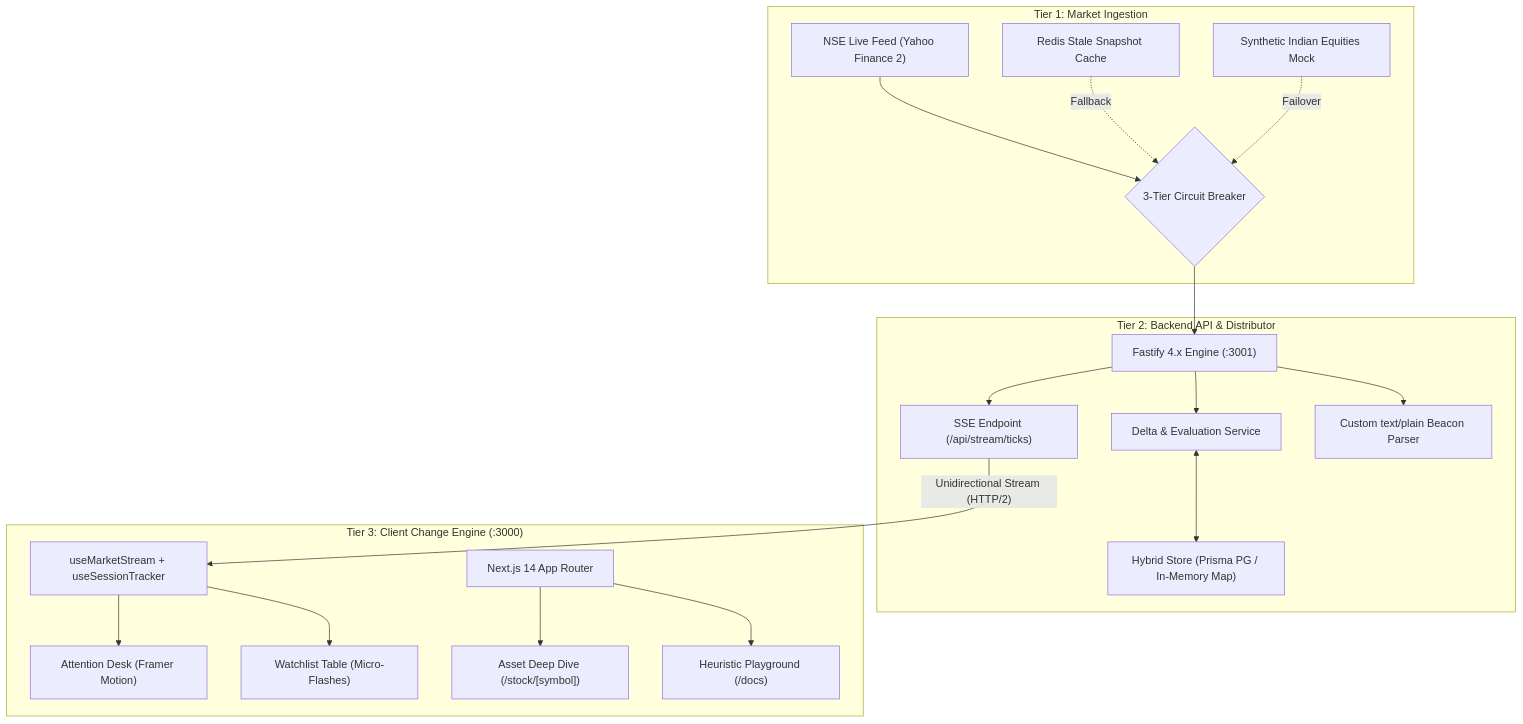
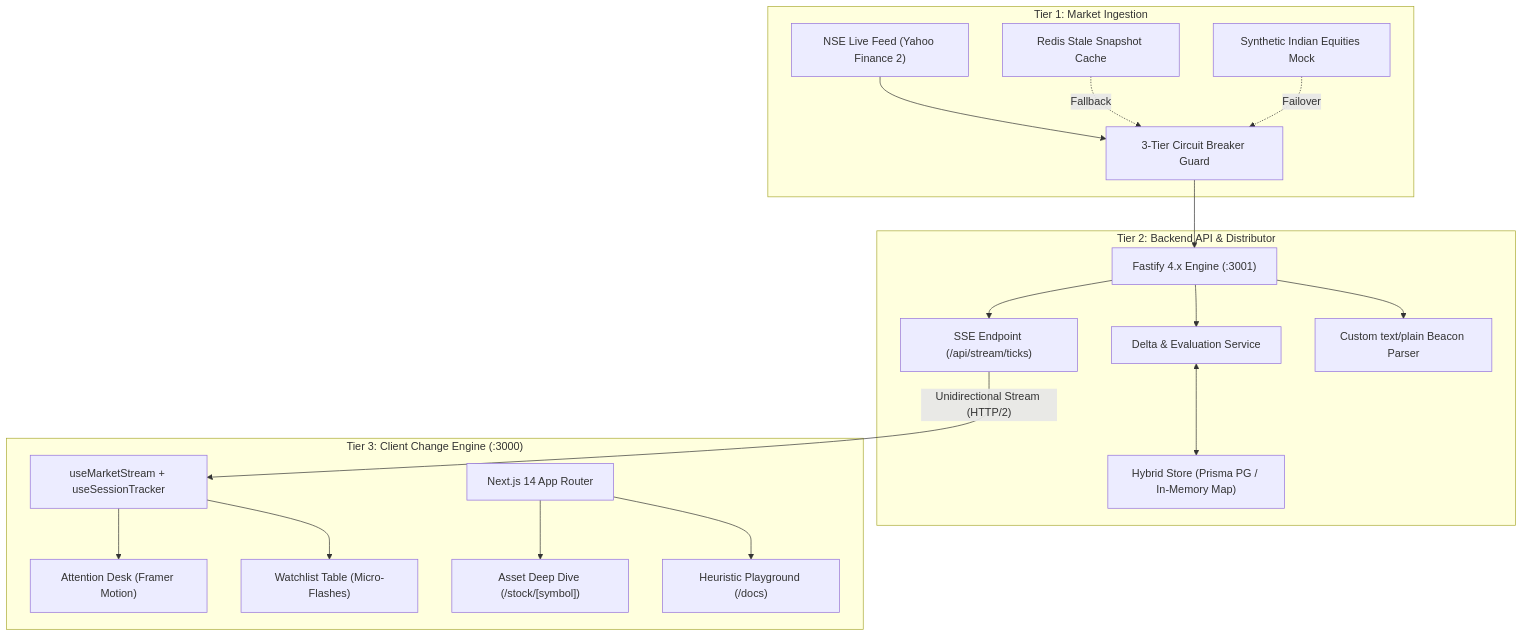
The diagram in PRD.md (Khushi1310-nayak/PulseMark), drawn with Mermaid before and after one commit. The commit also changed other lines of this file, not shown here.

Commit message:
docs: clean all math and diagram braces in PRD.md

````diff
--- a/PRD.md
+++ b/PRD.md
@@ -117,41 +117,41 @@
 ```mermaid
 graph TD
     subgraph Tier1_Ingestion ["Tier 1: Market Ingestion"]
         Yahoo["NSE Live Feed (Yahoo Finance 2)"]
         Synthetic["Synthetic Indian Equities Mock"]
         RedisCache["Redis Stale Snapshot Cache"]
-        Breaker{"3-Tier Circuit Breaker"}
+        Breaker["3-Tier Circuit Breaker Guard"]
         Yahoo --> Breaker
         RedisCache -. Fallback .-> Breaker
         Synthetic -. Failover .-> Breaker
     end
 
     subgraph Tier2_Fastify ["Tier 2: Backend API & Distributor"]
         Fastify["Fastify 4.x Engine (:3001)"]
         Store["Hybrid Store (Prisma PG / In-Memory Map)"]
         EvaluatorService["Delta & Evaluation Service"]
         SSEStream["SSE Endpoint (/api/stream/ticks)"]
         BeaconParser["Custom text/plain Beacon Parser"]
         
         Breaker --> Fastify
         Fastify --> EvaluatorService
         EvaluatorService <--> Store
         Fastify --> SSEStream
         Fastify --> BeaconParser
     end
 
     subgraph Tier3_NextWeb ["Tier 3: Client Change Engine (:3000)"]
         Next["Next.js 14 App Router"]
         Hooks["useMarketStream + useSessionTracker"]
         AttentionDeskUI["Attention Desk (Framer Motion)"]
         WatchlistUI["Watchlist Table (Micro-Flashes)"]
         DeepDiveUI["Asset Deep Dive (/stock/[symbol])"]
         DocsPlayground["Heuristic Playground (/docs)"]
         
         SSEStream -- "Unidirectional Stream (HTTP/2)" --> Hooks
         Hooks --> AttentionDeskUI
         Hooks --> WatchlistUI
         Next --> DeepDiveUI
         Next --> DocsPlayground
     end
 ```
````
